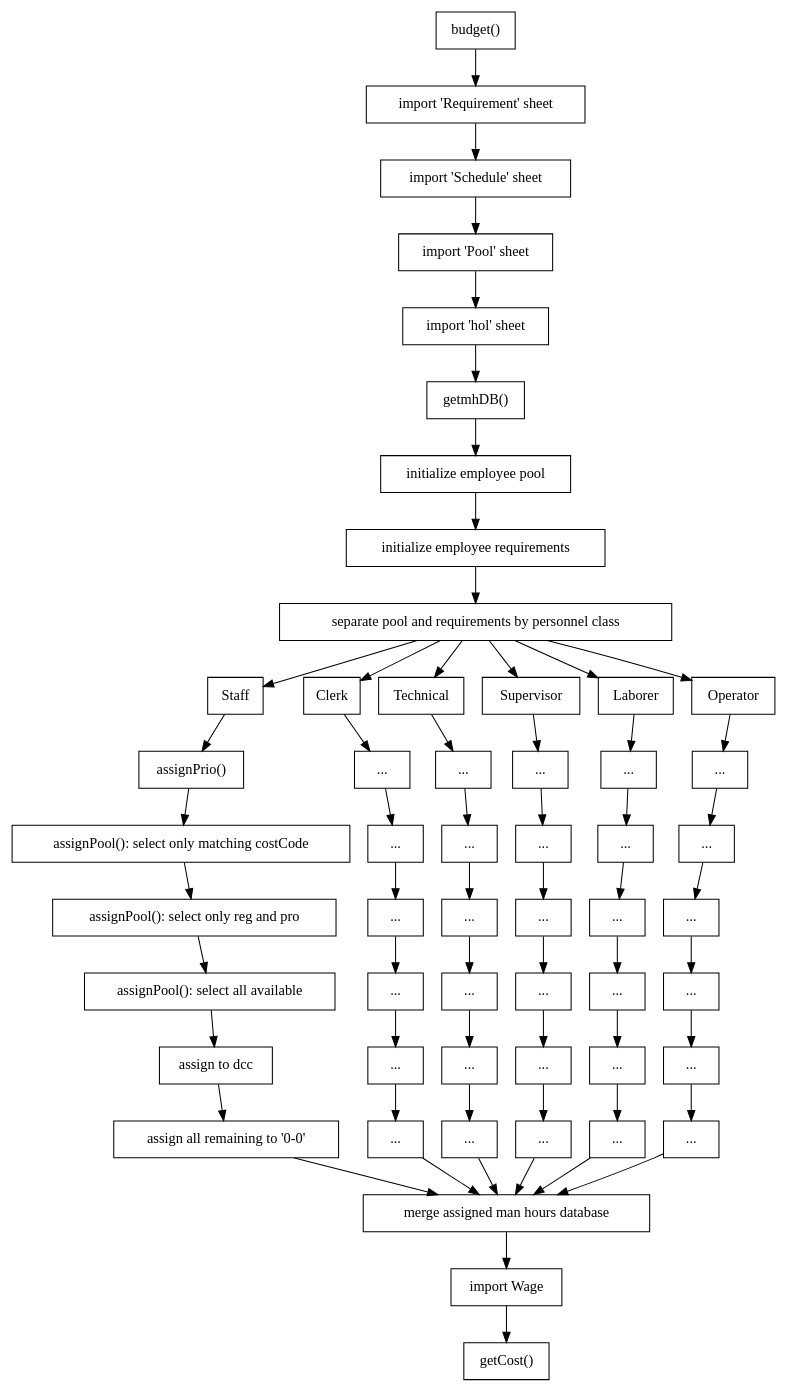
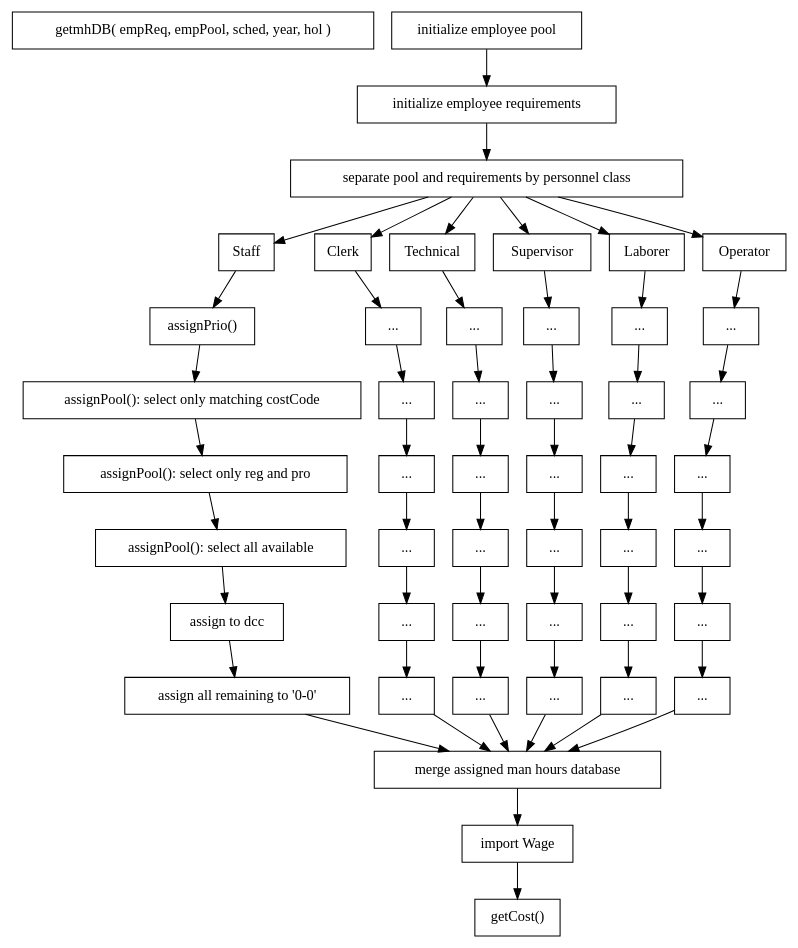
One commit to basilrabi/mansched changed the second of 3 diagrams in vignettes/flow.Rmd. Above: the diagram before and after it, drawn with Graphviz. The commit also changed other lines of this file and 1 other file, not shown here.

Commit message:
document budget() flow

````diff
--- a/vignettes/flow.Rmd
+++ b/vignettes/flow.Rmd
@@ -13,82 +80,77 @@
 ```{dot, echo=FALSE}
-digraph budget {
+digraph getmhDB {
 
 node [shape = box]
-  
-a [label = "budget()"]
-b [label = "import 'Requirement' sheet"]
-c [label = "import 'Schedule' sheet"]
-d [label = "import 'Pool' sheet"]
-e [label = "import 'hol' sheet"]
-f [label = "getmhDB()"]
-g [label = "initialize employee pool"]
+
+  getmhDB [label = "getmhDB( empReq, empPool, sched, year, hol )"]
+  g [label = "initialize employee pool"]
 h [label = "initialize employee requirements"]
 i [label = "separate pool and requirements by personnel class"]
 
 j [label = "Staff"]
 k [label = "Clerk"]
 l [label = "Technical"]
 m [label = "Supervisor"]
 n [label = "Laborer"]
 o [label = "Operator"]
 
 p [label = "assignPrio()"]
 q [label = "..."]
 r [label = "..."]
 s [label = "..."]
 t [label = "..."]
 u [label = "..."]
 
 v [label = "assignPool(): select only matching costCode"]
 w [label = "assignPool(): select only reg and pro"]
 x [label = "assignPool(): select all available"]
 y [label = "assign to dcc"]
 z [label = "assign all remaining to '0-0' "]
 
 aa [label = "..."]
 ab [label = "..."]
 ac [label = "..."]
 ad [label = "..."]
 ae [label = "..."]
 
 af [label = "..."]
 ag [label = "..."]
 ah [label = "..."]
 ai [label = "..."]
 aj [label = "..."]
 
 ak [label = "..."]
 al [label = "..."]
 am [label = "..."]
 an [label = "..."]
 ao [label = "..."]
 
 ap [label = "..."]
 aq [label = "..."]
 ar [label = "..."]
 as [label = "..."]
 at [label = "..."]
 
 au [label = "..."]
 av [label = "..."]
 aw [label = "..."]
 ax [label = "..."]
 ay [label = "..."]
 
 az [label = "merge assigned man hours database"]
 aaa [label = "import Wage"]
 aab [label = "getCost()"]
 
-a -> b -> c -> d -> e -> f -> g -> h -> i -> {j, k, l, m, n, o}
+
+g -> h -> i -> {j, k, l, m, n, o}
 
 j -> p -> v  -> w  -> x  -> y  -> z
 k -> q -> aa -> ab -> ac -> ad -> ae
 l -> r -> af -> ag -> ah -> ai -> aj
 m -> s -> ak -> al -> am -> an -> ao
 n -> t -> ap -> aq -> ar -> as -> at
 o -> u -> au -> av -> aw -> ax -> ay
 
 {z, ae, aj, ao, at, ay} -> az -> aaa -> aab
-
 }
 ```
````
